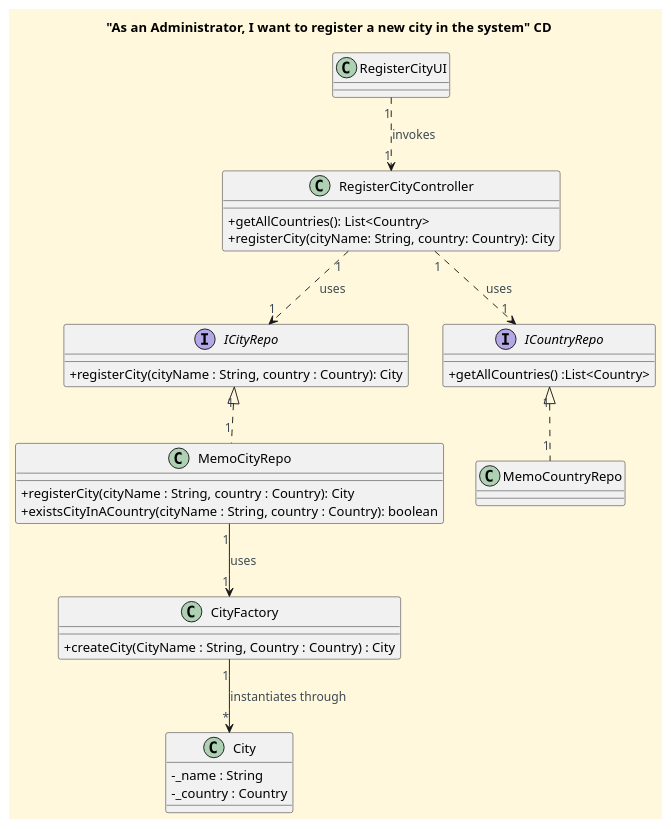
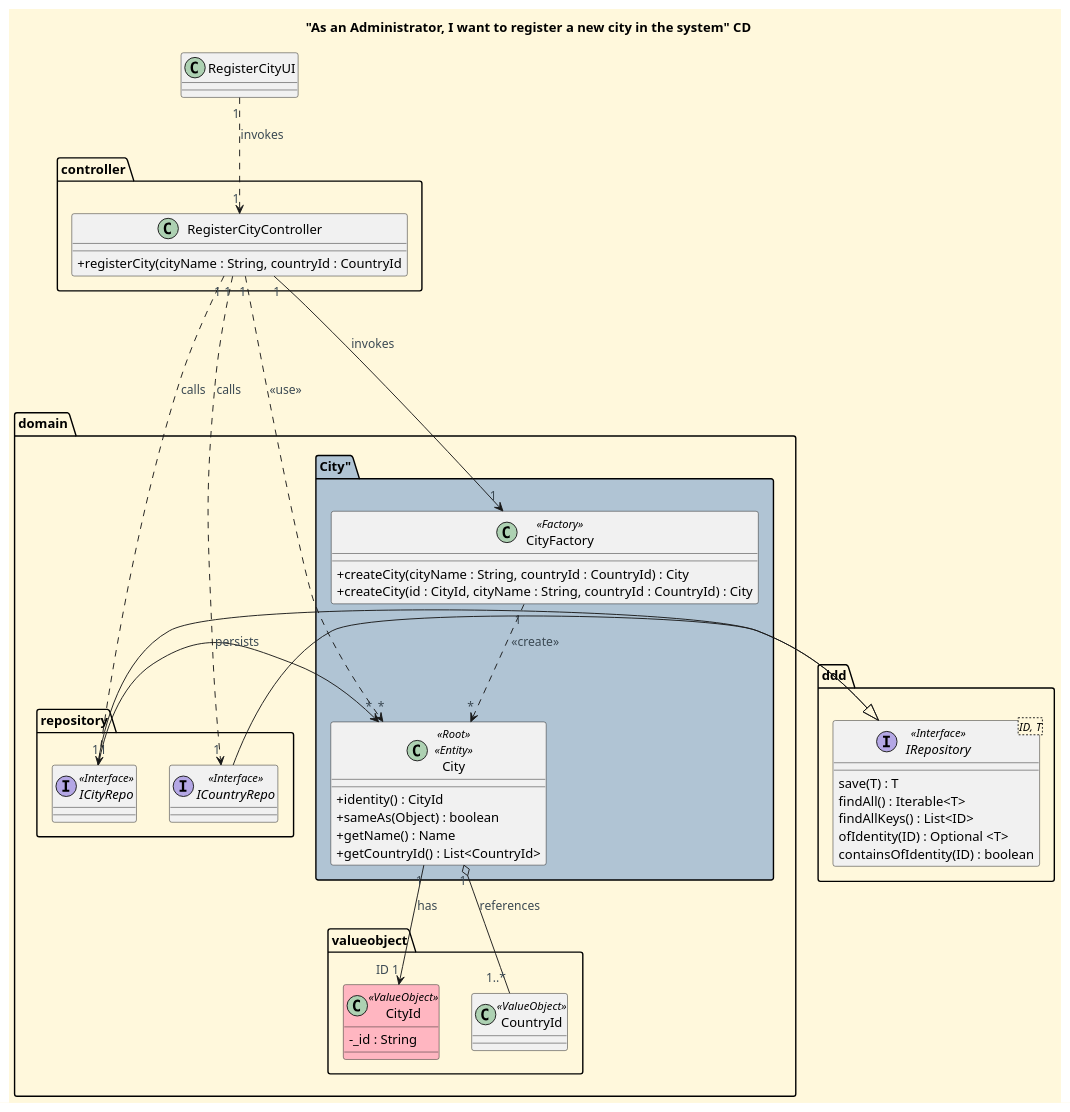
The diagram in docs/functionalities/admin/register-city/Register_City_CD.puml (CarolinaLeite-collab/JavaMarketplacePlatform), drawn with PlantUML before and after one commit.

Commit message:
docs: update Regsiter City CD to reflect JPA persistance #742

```diff
--- a/docs/functionalities/admin/register-city/Register_City_CD.puml
+++ b/docs/functionalities/admin/register-city/Register_City_CD.puml
@@ -1,61 +1,111 @@
 @startuml
-'https://plantuml.com/class-diagram
+
+'==== Title ====
 title "As an Administrator, I want to register a new city in the system" CD
+top to bottom direction
+
 
 '==== basic style ====
 skinparam monochrome false
 skinparam shadowing false
 skinparam defaultFontName Futura
 skinparam objectFontSize 20
 skinparam backgroundColor CornSilk
 skinparam objectBackgroundColor WhiteSmoke
 skinparam noteBackgroundColor #FFFFE0
 skinparam ArrowFontColor #3B4953
+skinparam ActivationBackgroundColor black
 skinparam classAttributeIconSize 0
 
-' ===== Classes =====
+
+' ===== Domain =====
 class RegisterCityUI {
 }
 
-class RegisterCityController {
-  + getAllCountries(): List<Country>
-  + registerCity(cityName: String, country: Country): City
+package "controller" {
+
+    class RegisterCityController {
+
+        + registerCity(cityName : String, countryId : CountryId
+
+    }
+
 }
 
-interface ICityRepo {
-  + registerCity(cityName : String, country : Country): City
+package "domain" {
+    package "repository" {
+
+        interface ICityRepo <<Interface>> {
+
+        }
+
+        interface ICountryRepo <<Interface>> {
+
+        }
+
+    }
+
+    package "City"" #b0c4d4 {
+
+        class City <<Root>> <<Entity>>{
+            +identity() : CityId
+            +sameAs(Object) : boolean
+            +getName() : Name
+            +getCountryId() : List<CountryId>
+        }
+
+        class CityFactory <<Factory>> {
+        + createCity(cityName : String, countryId : CountryId) : City
+        + createCity(id : CityId, cityName : String, countryId : CountryId) : City
+
+        }
+
+    }
+
+    Package "valueobject"  {
+
+        '== Value Objects (Ids) ==
+        class CityId <<ValueObject>> #LightPink {
+        -_id : String
+
+        }
+
+        class CountryId <<ValueObject>> {
+
+        }
+
+    }
+
 }
 
-class MemoCityRepo {
-  + registerCity(cityName : String, country : Country): City
-  + existsCityInACountry(cityName : String, country : Country): boolean
+Package "ddd" {
+
+    interface IRepository<ID, T> <<Interface>> {
+    save(T) : T
+    findAll() : Iterable<T>
+    findAllKeys() : List<ID>
+    ofIdentity(ID) : Optional <T>
+    containsOfIdentity(ID) : boolean
+    }
+
 }
 
-class CityFactory {
-  + createCity(CityName : String, Country : Country) : City
-}
 
-class City {
-  -_name : String
-  -_country : Country
-}
+'==== Interactions ====
+RegisterCityUI "1" ..> "1" RegisterCityController : invokes
 
-' ===== CountryRepo =====
-interface ICountryRepo{
-+ getAllCountries() :List<Country>
-}
+RegisterCityController "1" ..> "1" ICountryRepo : calls
+RegisterCityController "1" ..> "1" ICityRepo : calls
+RegisterCityController "1" ....> "*" City : <<use>>
+RegisterCityController "1" --> "1" CityFactory : invokes
 
-class MemoCountryRepo {
-}
+CityFactory "1" ..> "*" City : <<create>>
 
-' ===== Interactions =====
-RegisterCityUI "1" ..> "1" RegisterCityController : invokes
-RegisterCityController "1" ..> "1" ICountryRepo : uses
-RegisterCityController "1" ..> "1" ICityRepo : uses
+City "1" --> "ID 1" CityId : has
+City "1" o-- "1..*" CountryId : references
+City "*" <- "1" ICityRepo : persists
 
-ICityRepo "1" <|.. "1"MemoCityRepo
-MemoCityRepo "1" --> "1" CityFactory : uses
-CityFactory "1" --> "*" City : instantiates through
+ICityRepo -|> IRepository
+ICountryRepo -|> IRepository
 
-ICountryRepo "1" <|.. "1"MemoCountryRepo
 @enduml
```
